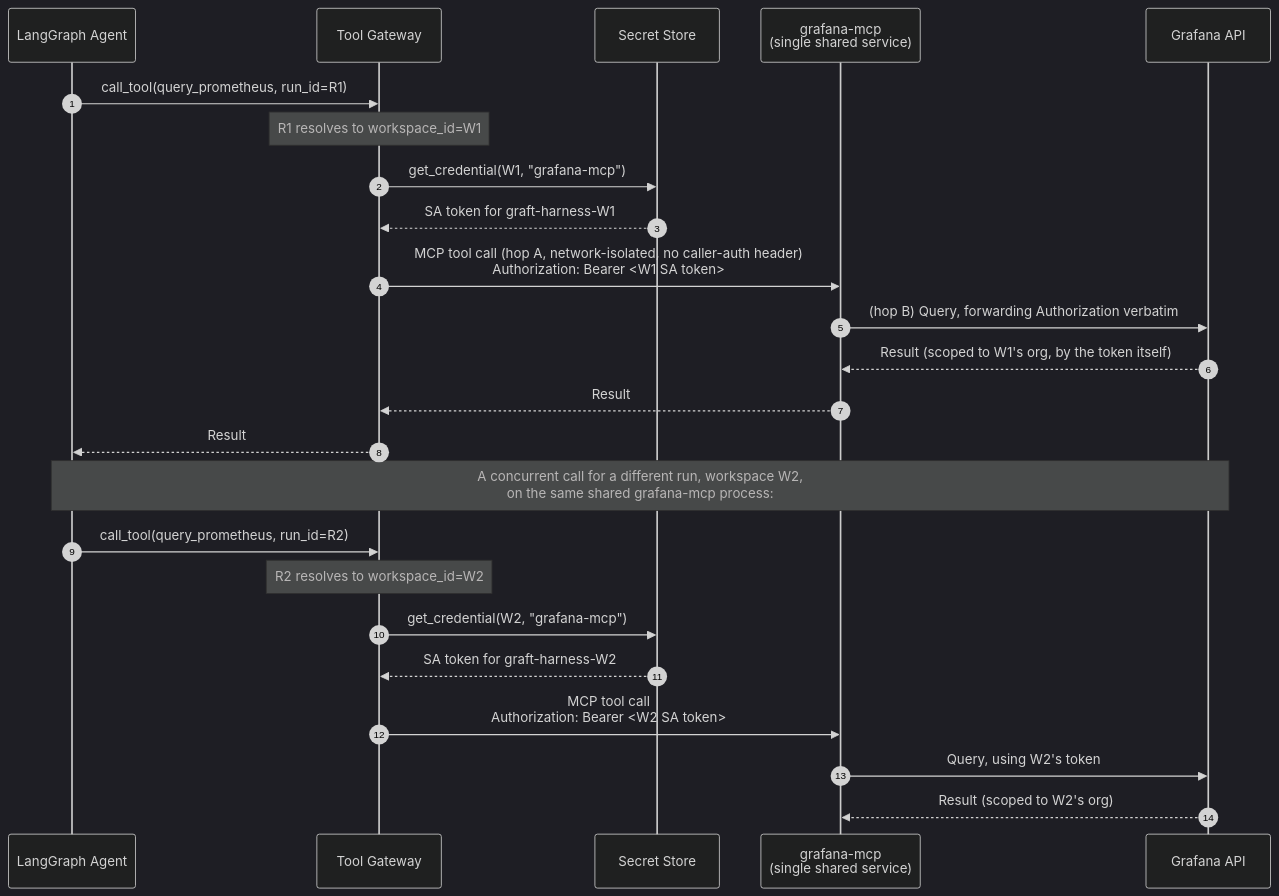
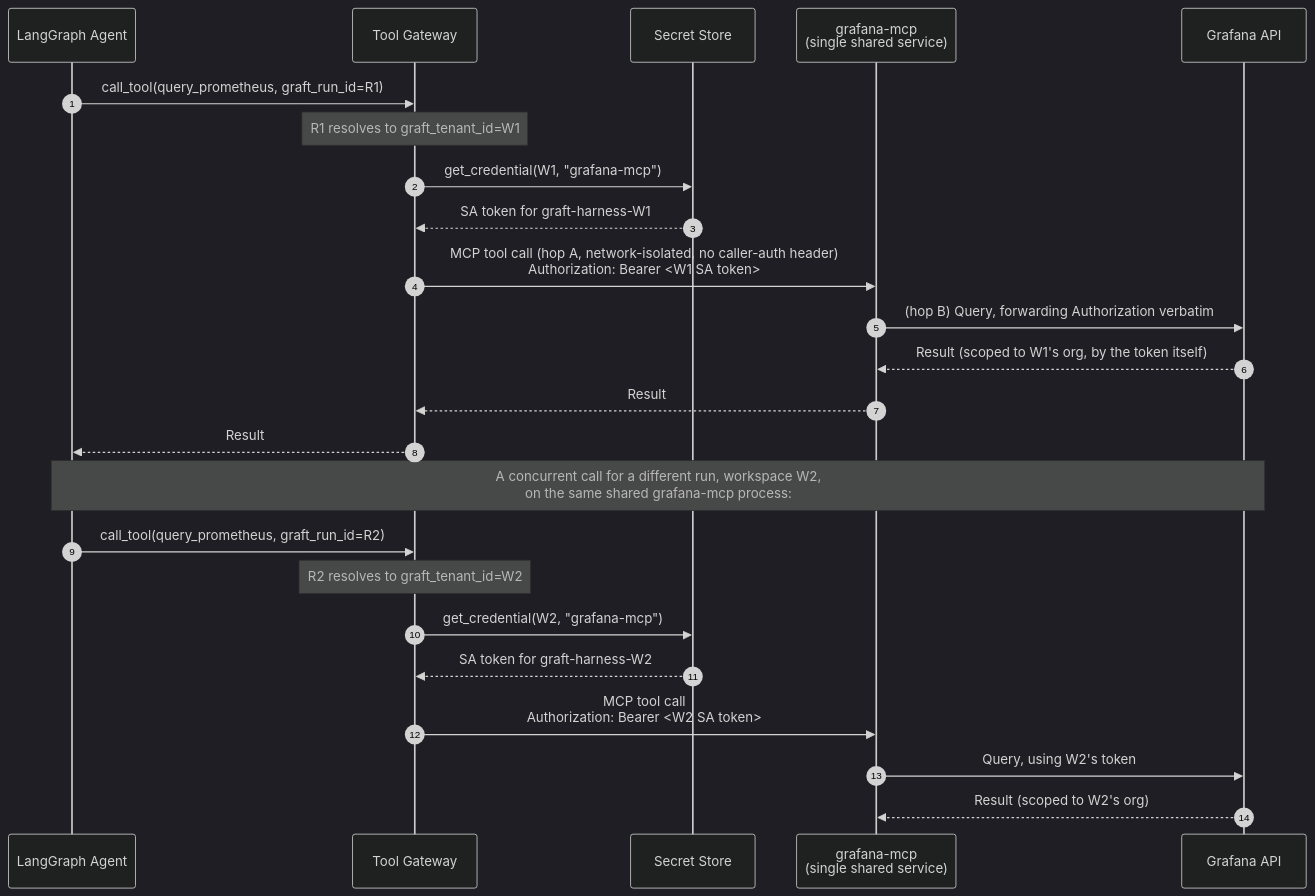
The diagram in docs/design/grafana-mcp-multi-tenancy.md (vikshana/graft-agent-harness), drawn with Mermaid (dark theme) before and after one commit. The commit also changed other lines of this file and 10 other files, not shown here.

Commit message:
feat(docs): Update documentation to reflect changes in tenant and run identifiers across multiple files

````diff
--- a/docs/design/grafana-mcp-multi-tenancy.md
+++ b/docs/design/grafana-mcp-multi-tenancy.md
@@ -102,28 +102,28 @@
 ```mermaid
 sequenceDiagram
     autonumber
     participant AGENT as LangGraph Agent
     participant TG as Tool Gateway
     participant SEC as Secret Store
     participant GMCP as grafana-mcp<br/>(single shared service)
     participant GF as Grafana API
 
-    AGENT->>TG: call_tool(query_prometheus, run_id=R1)
-    Note over TG: R1 resolves to workspace_id=W1
+    AGENT->>TG: call_tool(query_prometheus, graft_run_id=R1)
+    Note over TG: R1 resolves to graft_tenant_id=W1
     TG->>SEC: get_credential(W1, "grafana-mcp")
     SEC-->>TG: SA token for graft-harness-W1
     TG->>GMCP: MCP tool call (hop A, network-isolated, no caller-auth header)<br/>Authorization: Bearer <W1 SA token>
     GMCP->>GF: (hop B) Query, forwarding Authorization verbatim
     GF-->>GMCP: Result (scoped to W1's org, by the token itself)
     GMCP-->>TG: Result
     TG-->>AGENT: Result
 
     Note over AGENT,GF: A concurrent call for a different run, workspace W2,<br/>on the same shared grafana-mcp process:
-    AGENT->>TG: call_tool(query_prometheus, run_id=R2)
-    Note over TG: R2 resolves to workspace_id=W2
+    AGENT->>TG: call_tool(query_prometheus, graft_run_id=R2)
+    Note over TG: R2 resolves to graft_tenant_id=W2
     TG->>SEC: get_credential(W2, "grafana-mcp")
     SEC-->>TG: SA token for graft-harness-W2
     TG->>GMCP: MCP tool call<br/>Authorization: Bearer <W2 SA token>
     GMCP->>GF: Query, using W2's token
     GF-->>GMCP: Result (scoped to W2's org)
 ```
````
